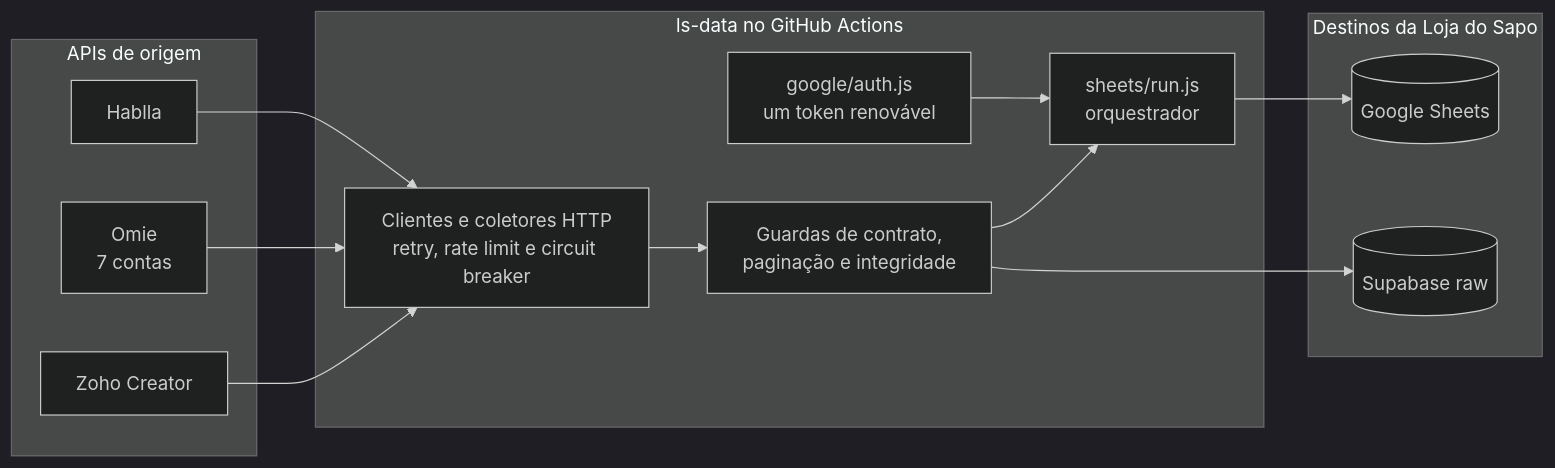
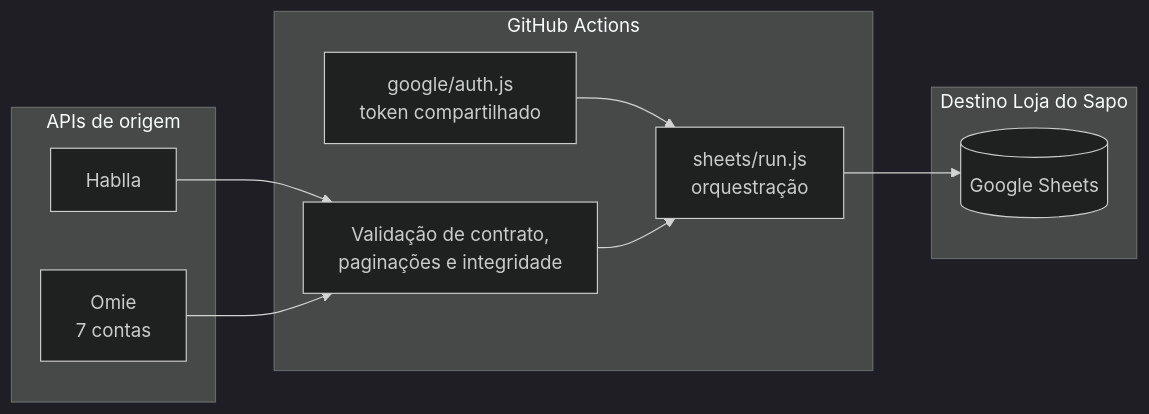
The first of 4 diagrams in README.md (lojadosapo/ls-data), drawn with Mermaid (dark theme) before and after one commit. The commit also changed other lines of this file and 41 other files, not shown here.

````diff
--- a/README.md
+++ b/README.md
@@ -14,29 +14,23 @@
 ```mermaid
 flowchart LR
     subgraph Fontes[APIs de origem]
         H[Hablla]
         O[Omie<br/>7 contas]
-        Z[Zoho Creator]
     end
 
-    subgraph Runtime[ls-data no GitHub Actions]
-        GA[google/auth.js<br/>um token renovável]
-        HC[Clientes e coletores HTTP<br/>retry, rate limit e circuit breaker]
-        ORQ[sheets/run.js<br/>orquestrador]
-        GU[Guardas de contrato,<br/>paginação e integridade]
+    subgraph Runtime[GitHub Actions]
+        A[google/auth.js<br/>token compartilhado]
+        R[sheets/run.js<br/>orquestração]
+        G[Validação de contrato,<br/>paginações e integridade]
     end
 
-    subgraph Destinos[Destinos da Loja do Sapo]
-        GS[(Google Sheets)]
-        SB[(Supabase raw)]
+    subgraph Destino[Destino Loja do Sapo]
+        S[(Google Sheets)]
     end
 
-    H --> HC
-    O --> HC
-    Z --> HC
-    HC --> GU
-    GA --> ORQ
-    GU --> ORQ
-    ORQ --> GS
-    GU --> SB
+    H --> G
+    O --> G
+    A --> R
+    G --> R
+    R --> S
 ```
````
